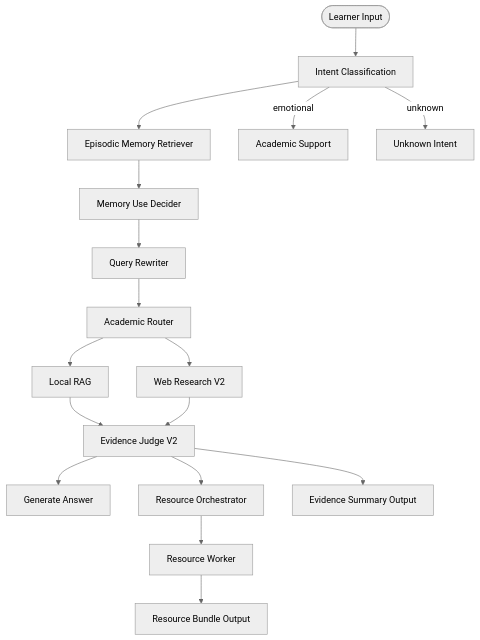
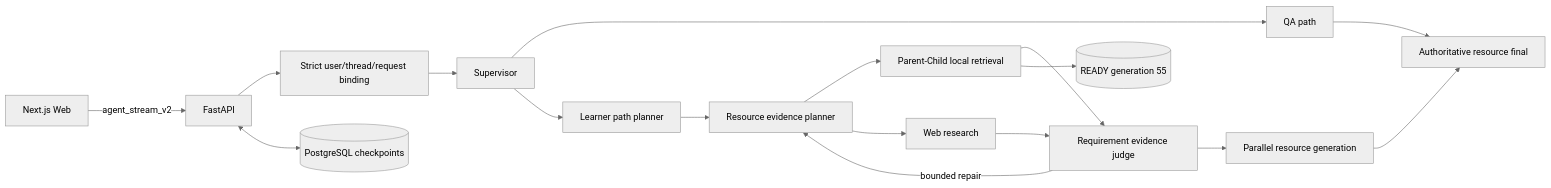
Before and after one commit to kyle-1227/A3_study_agent: the diagram in README_en.md, drawn with Mermaid (neutral theme). The commit also changed other lines of this file and 4 other files, not shown here.

````diff
--- a/README_en.md
+++ b/README_en.md
@@ -42,22 +34,19 @@
 ```mermaid
-graph TD
-  START([Learner Input]) --> supervisor[Intent Classification]
-  supervisor --> episodic_memory_retriever[Episodic Memory Retriever]
-  supervisor -->|emotional| emotional_response[Academic Support]
-  supervisor -->|unknown| handle_unknown[Unknown Intent]
-
-  episodic_memory_retriever --> memory_use_decider[Memory Use Decider]
-  memory_use_decider --> search_query_rewriter[Query Rewriter]
-  search_query_rewriter --> academic_router[Academic Router]
-  academic_router --> rag_retrieve[Local RAG]
-  academic_router --> web_search[Web Research V2]
-  rag_retrieve --> evidence_judge[Evidence Judge V2]
-  web_search --> evidence_judge
-
-  evidence_judge --> generate_answer[Generate Answer]
-  evidence_judge --> resource_orchestrator[Resource Orchestrator]
-  evidence_judge --> evidence_summary_output[Evidence Summary Output]
-
-  resource_orchestrator --> resource_worker[Resource Worker]
-  resource_worker --> resource_bundle_output[Resource Bundle Output]
+flowchart LR
+    UI[Next.js Web] -->|agent_stream_v2| API[FastAPI]
+    API --> ID[Strict user/thread/request binding]
+    ID --> SUP[Supervisor]
+    SUP --> QA[QA path]
+    SUP --> LP[Learner path planner]
+    LP --> EP[Resource evidence planner]
+    EP --> LR[Parent-Child local retrieval]
+    EP --> WR[Web research]
+    LR --> J[Requirement evidence judge]
+    WR --> J
+    J -->|bounded repair| EP
+    J --> RG[Parallel resource generation]
+    RG --> FINAL[Authoritative resource final]
+    QA --> FINAL
+    API <--> PG[(PostgreSQL checkpoints)]
+    LR --> PC[(READY generation 55)]
 ```
````
